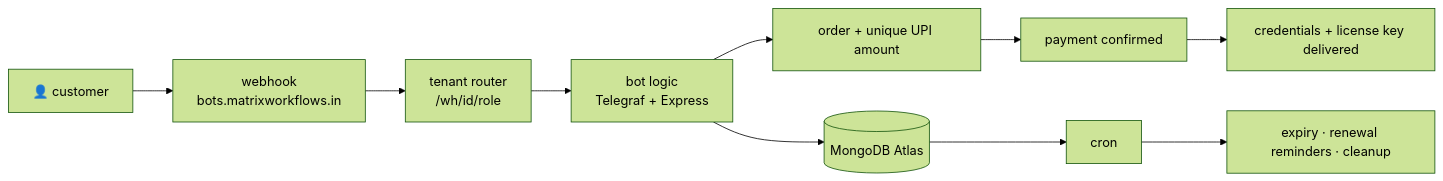
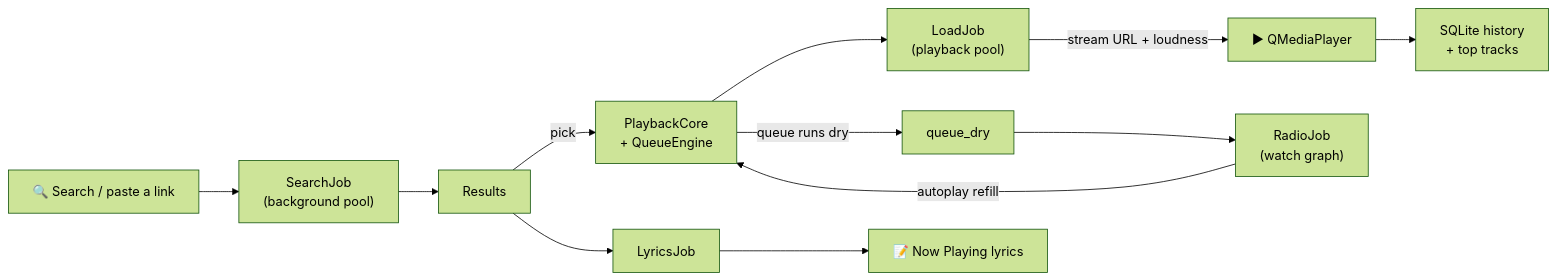
One commit to MatrixWorkflows/Matrixworkflows changed the first of 3 diagrams in README.md. Above: the diagram before and after it, drawn with Mermaid (forest theme). The commit also changed other lines of this file, not shown here.

````diff
--- a/README.md
+++ b/README.md
@@ -40,12 +73,13 @@
 ```mermaid
 flowchart LR
-    U["👤 customer"] --> H["webhook<br/>bots.matrixworkflows.in"]
-    H --> R["tenant router<br/>/wh/id/role"]
-    R --> B["bot logic<br/>Telegraf + Express"]
-    B --> O["order + unique UPI amount"]
-    O --> C["payment confirmed"]
-    C --> K["credentials + license key delivered"]
-    B --> D[("MongoDB Atlas")]
-    D --> N["cron"]
-    N --> E["expiry · renewal reminders · cleanup"]
+    A["🔍 Search / paste a link"] --> B["SearchJob<br/>(background pool)"]
+    B --> C["Results"]
+    C -->|pick| D["PlaybackCore<br/>+ QueueEngine"]
+    D --> E["LoadJob<br/>(playback pool)"]
+    E -->|"stream URL + loudness"| F["▶ QMediaPlayer"]
+    F --> G["SQLite history<br/>+ top tracks"]
+    D -->|"queue runs dry"| H["queue_dry"]
+    H --> I["RadioJob<br/>(watch graph)"]
+    I -->|"autoplay refill"| D
+    C --> J["LyricsJob"] --> K["📝 Now Playing lyrics"]
 ```
````
